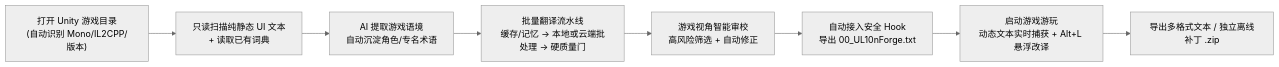
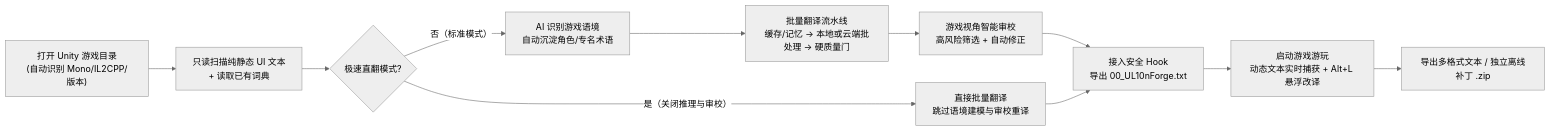
The diagram in README.md (mingminghh611/UL10nForge), drawn with Mermaid (neutral theme) before and after one commit. The commit also changed other lines of this file and 4 other files, not shown here.

````diff
--- a/README.md
+++ b/README.md
@@ -77,10 +81,13 @@
 ```mermaid
 flowchart LR
     A["打开 Unity 游戏目录<br/>(自动识别 Mono/IL2CPP/版本)"] --> B["只读扫描纯静态 UI 文本<br/>+ 读取已有词典"]
-    B --> C["AI 提取游戏语境<br/>自动沉淀角色/专名术语"]
-    C --> D["批量翻译流水线<br/>缓存/记忆 → 本地或云端批处理 → 硬质量门"]
-    D --> E["游戏视角智能审校<br/>高风险筛选 + 自动修正"]
-    E --> F["自动接入安全 Hook<br/>导出 00_UL10nForge.txt"]
-    F --> G["启动游戏游玩<br/>动态文本实时捕获 + Alt+L 悬浮改译"]
-    G --> H["导出多格式文本 / 独立离线补丁 .zip"]
+    B --> C{"极速直翻模式?"}
+    C -- "否（标准模式）" --> D["AI 识别游戏语境<br/>自动沉淀角色/专名术语"]
+    D --> E["批量翻译流水线<br/>缓存/记忆 → 本地或云端批处理 → 硬质量门"]
+    E --> F["游戏视角智能审校<br/>高风险筛选 + 自动修正"]
+    C -- "是（关闭推理与审校）" --> G["直接批量翻译<br/>跳过语境建模与审校重译"]
+    F --> H["接入安全 Hook<br/>导出 00_UL10nForge.txt"]
+    G --> H
+    H --> I["启动游戏游玩<br/>动态文本实时捕获 + Alt+L 悬浮改译"]
+    I --> J["导出多格式文本 / 独立离线补丁 .zip"]
 ```
````
